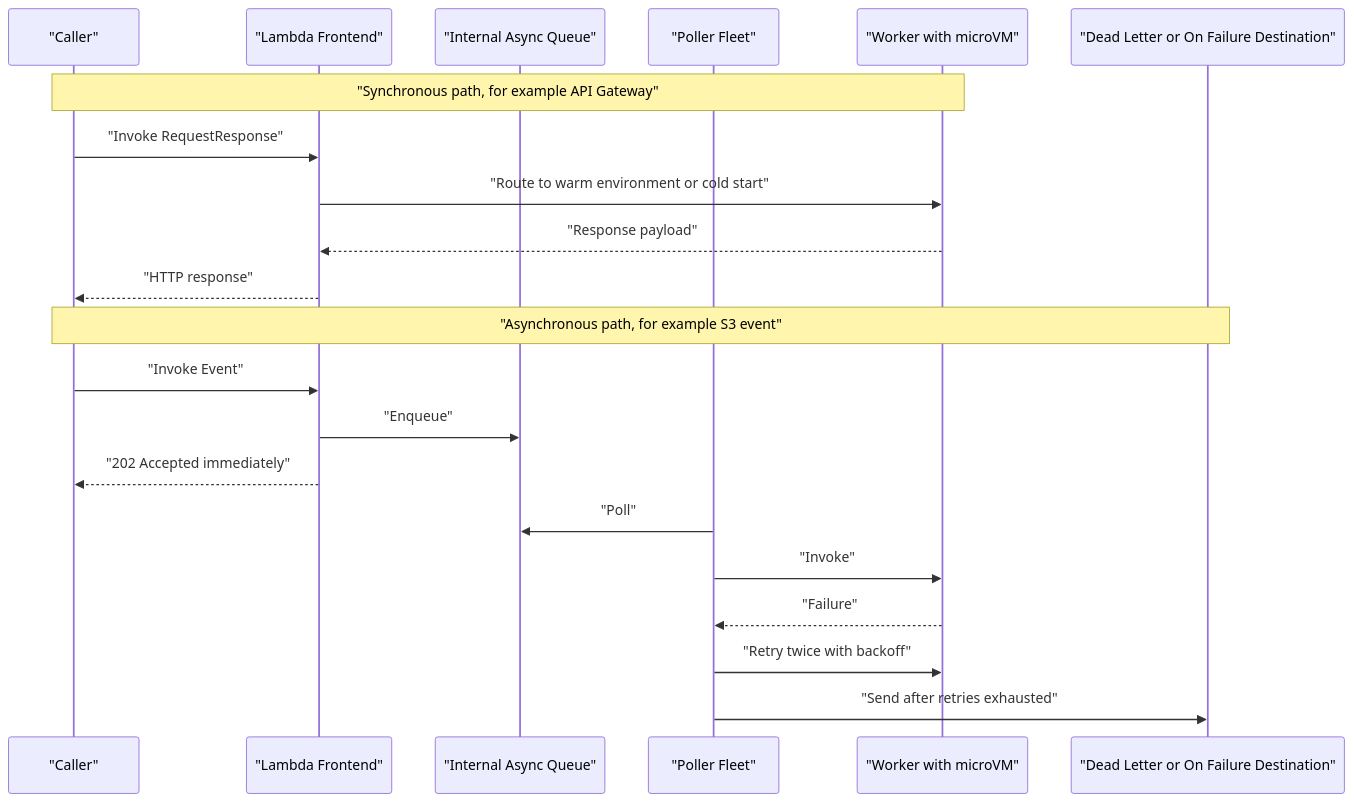
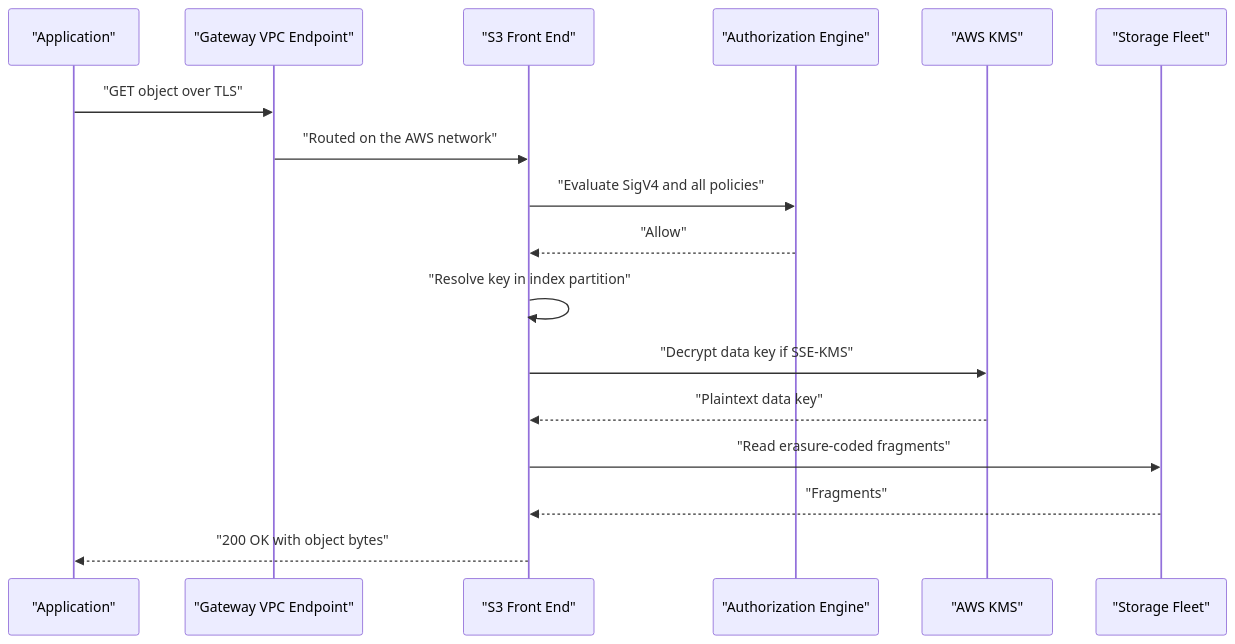
Diagram 11 of 22 in docs/unit1/topic4.md (norbutlepcha25/dso303), drawn with Mermaid before and after one commit. The commit also changed other lines of this file and 945 other files, not shown here.

````diff
--- a/docs/unit1/topic4.md
+++ b/docs/unit1/topic4.md
@@ -494,25 +580,19 @@
 ```mermaid
 sequenceDiagram
-    participant C as "Caller"
-    participant FE as "Lambda Frontend"
-    participant Q as "Internal Async Queue"
-    participant P as "Poller Fleet"
-    participant W as "Worker with microVM"
-    participant DLQ as "Dead Letter or On Failure Destination"
-
-    Note over C,W: "Synchronous path, for example API Gateway"
-    C->>FE: "Invoke RequestResponse"
-    FE->>W: "Route to warm environment or cold start"
-    W-->>FE: "Response payload"
-    FE-->>C: "HTTP response"
-
-    Note over C,DLQ: "Asynchronous path, for example S3 event"
-    C->>FE: "Invoke Event"
-    FE->>Q: "Enqueue"
-    FE-->>C: "202 Accepted immediately"
-    P->>Q: "Poll"
-    P->>W: "Invoke"
-    W-->>P: "Failure"
-    P->>W: "Retry twice with backoff"
-    P->>DLQ: "Send after retries exhausted"
+    participant App as "Application"
+    participant VPCE as "Gateway VPC Endpoint"
+    participant S3 as "S3 Front End"
+    participant IAM as "Authorization Engine"
+    participant KMS as "AWS KMS"
+    participant ST as "Storage Fleet"
+    App->>VPCE: "GET object over TLS"
+    VPCE->>S3: "Routed on the AWS network"
+    S3->>IAM: "Evaluate SigV4 and all policies"
+    IAM-->>S3: "Allow"
+    S3->>S3: "Resolve key in index partition"
+    S3->>KMS: "Decrypt data key if SSE-KMS"
+    KMS-->>S3: "Plaintext data key"
+    S3->>ST: "Read erasure-coded fragments"
+    ST-->>S3: "Fragments"
+    S3-->>App: "200 OK with object bytes"
 ```
````
